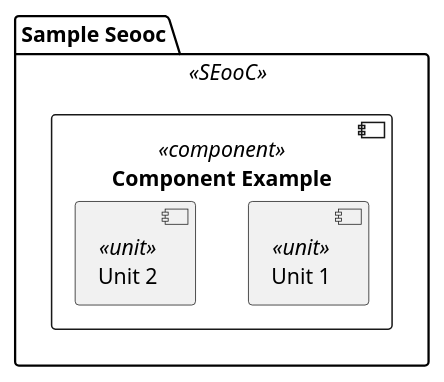
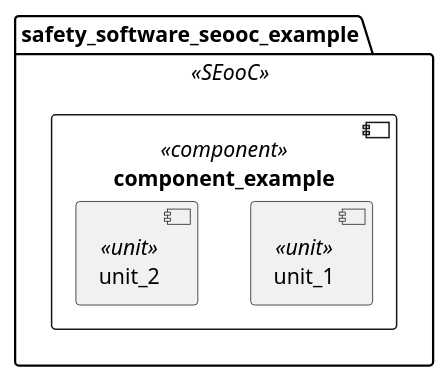
The diagram in validation/core/integration_test/bazel_component/negative_multi_file_wrong_nesting/detail_diagram.puml (eclipse-score/tooling), drawn with PlantUML before and after one commit. The commit also changed 375 other files, not shown here.

First line of the commit message:
[plantuml tooling] use name instead of alias for uid generation

```diff
--- a/validation/core/integration_test/bazel_component/negative_multi_file_wrong_nesting/detail_diagram.puml
+++ b/validation/core/integration_test/bazel_component/negative_multi_file_wrong_nesting/detail_diagram.puml
@@ -14,10 +14,10 @@
 @startuml detail_diagram
 
-package "Sample Seooc" as safety_software_seooc_example <<SEooC>> {
-    component "Component Example" as component_example <<component>> {
-        component "Unit 1" as unit_1 <<unit>>
-        component "Unit 2" as unit_2 <<unit>>
+package safety_software_seooc_example <<SEooC>> {
+    component component_example <<component>> {
+        component unit_1 <<unit>>
+        component unit_2 <<unit>>
     }
 }
 
 @enduml
```
